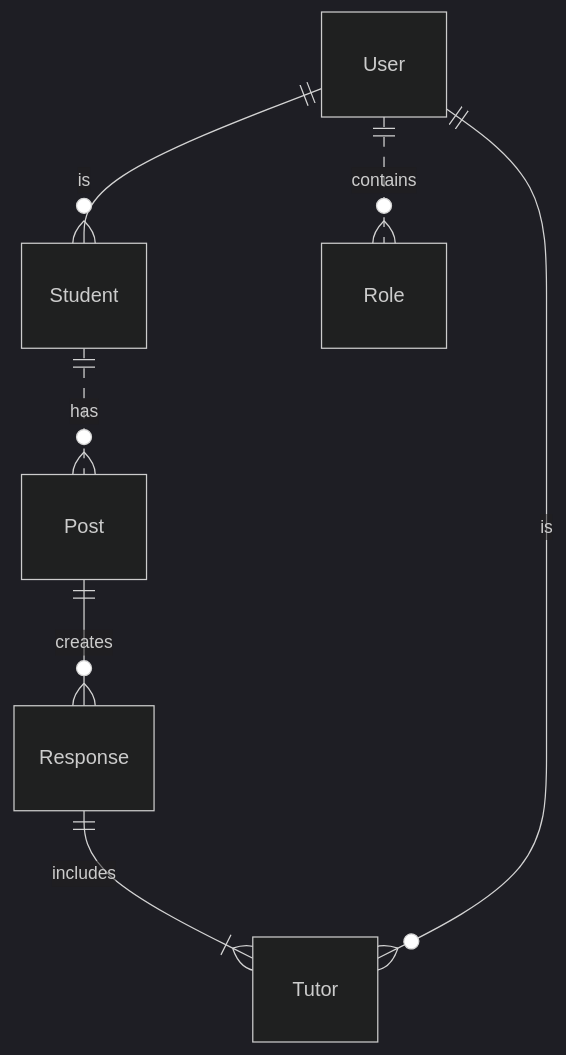
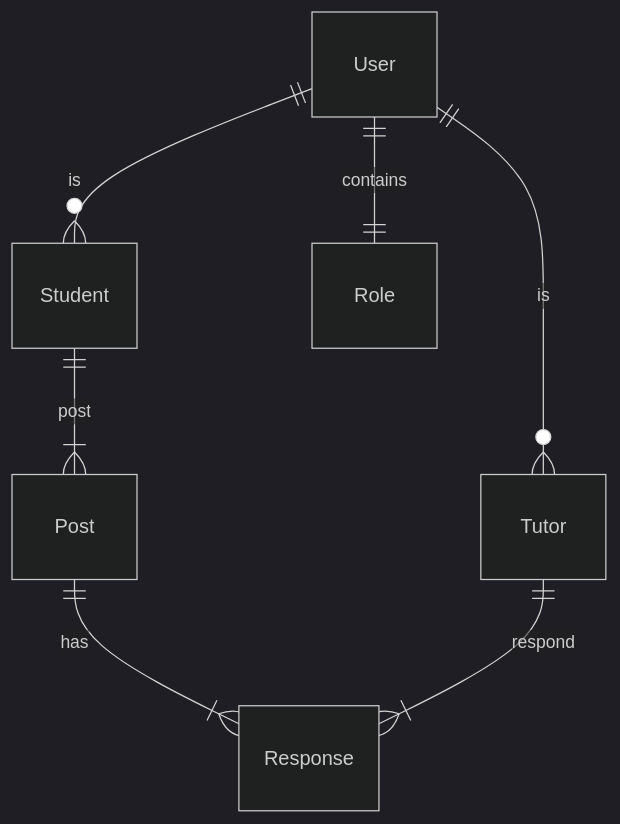
Before and after one commit to stivendiaz/licence-plate-restriction: the diagram in README.md, drawn with Mermaid.

````diff
--- a/README.md
+++ b/README.md
@@ -36,10 +36,10 @@
 ```mermaid
 %%{init: {'theme':'dark'}}%%
 erDiagram
-    Student ||..o{ Post : "has"
-    Post ||--o{ Response: creates
-    Response||--|{ Tutor: includes
+    Student ||--|{ Post : "post"
+    Post ||--|{ Response: has
+    Tutor ||--|{ Response: respond
     User ||--o{ Student: is
     User ||--o{ Tutor : is
-    User ||..o{ Role : contains
+    User ||--|| Role : contains
 ```
````
